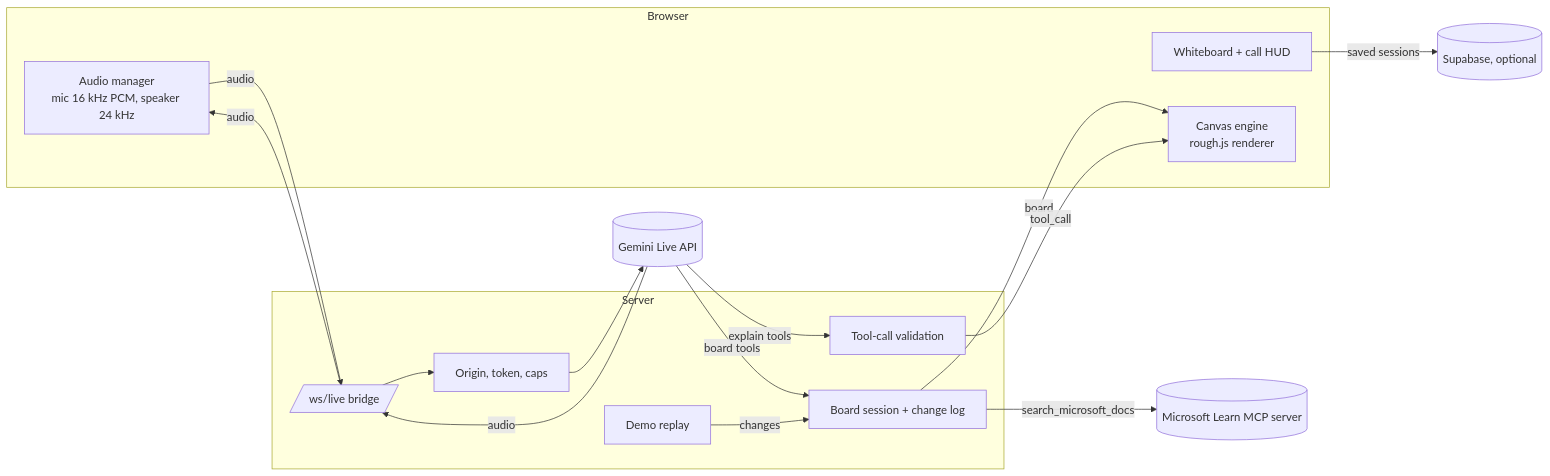
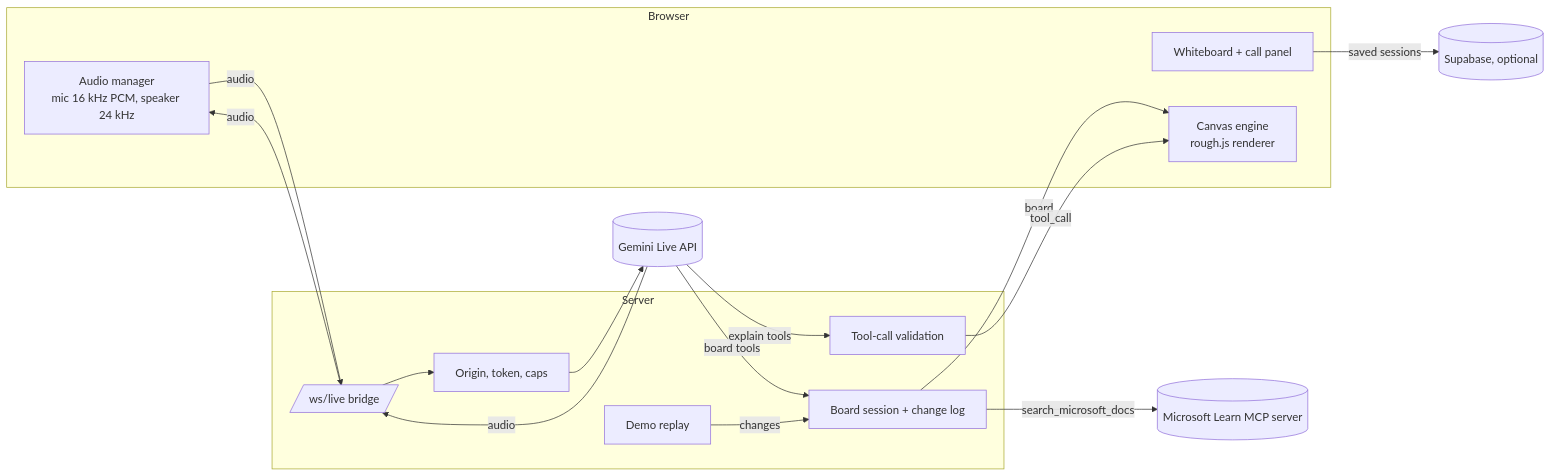
Before and after one commit to thuyghe12/teolima_public: the diagram in docs/ARCHITECTURE.md, drawn with Mermaid. The commit also changed 9 other files, not shown here.

First line of the commit message:
feat(ui): a quiet call panel with the brief built in

````diff
--- a/docs/ARCHITECTURE.md
+++ b/docs/ARCHITECTURE.md
@@ -5,27 +5,27 @@
 ```mermaid
 flowchart LR
   subgraph Browser
     MIC[Audio manager<br/>mic 16 kHz PCM, speaker 24 kHz]
-    UI[Whiteboard + call HUD]
+    UI[Whiteboard + call panel]
     ENG[Canvas engine<br/>rough.js renderer]
   end
   subgraph Server
     WS[/ws/live bridge/]
     SEC[Origin, token, caps]
     VAL[Tool-call validation]
     DEMO[Demo replay]
     BOARD[Board session + change log]
   end
   LIVE[(Gemini Live API)]
   DOCS[(Microsoft Learn MCP server)]
   SB[(Supabase, optional)]
 
   MIC -- audio --> WS
   WS --> SEC --> LIVE
   LIVE -- board tools --> BOARD -- board --> ENG
   LIVE -- explain tools --> VAL -- tool_call --> ENG
   LIVE -- audio --> WS -- audio --> MIC
   BOARD -- search_microsoft_docs --> DOCS
   DEMO -- changes --> BOARD
   UI -- saved sessions --> SB
 ```
````
